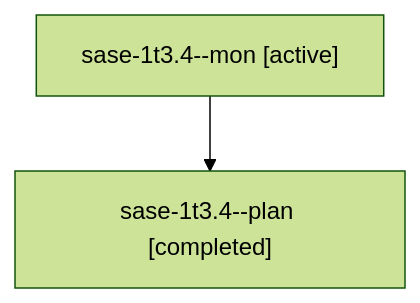
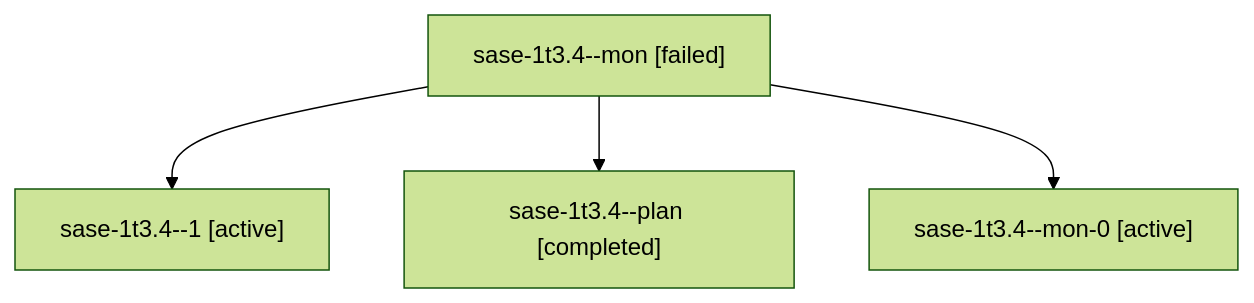
The diagram in sessions/bbugyi200.athena.sase-1t3.4.md (sase-org/sase--agents), drawn with Mermaid (forest theme) before and after one commit. The commit also changed other lines of this file and 68 other files, not shown here.

````diff
--- a/sessions/bbugyi200.athena.sase-1t3.4.md
+++ b/sessions/bbugyi200.athena.sase-1t3.4.md
@@ -9,6 +9,10 @@
 ```mermaid
 flowchart TD
-  n0["sase-1t3.4--mon [active]"]
-  n1["sase-1t3.4--plan [completed]"]
+  n0["sase-1t3.4--mon [failed]"]
+  n1["sase-1t3.4--1 [active]"]
   n0 --> n1
+  n2["sase-1t3.4--plan [completed]"]
+  n0 --> n2
+  n3["sase-1t3.4--mon-0 [active]"]
+  n0 --> n3
 ```
````
